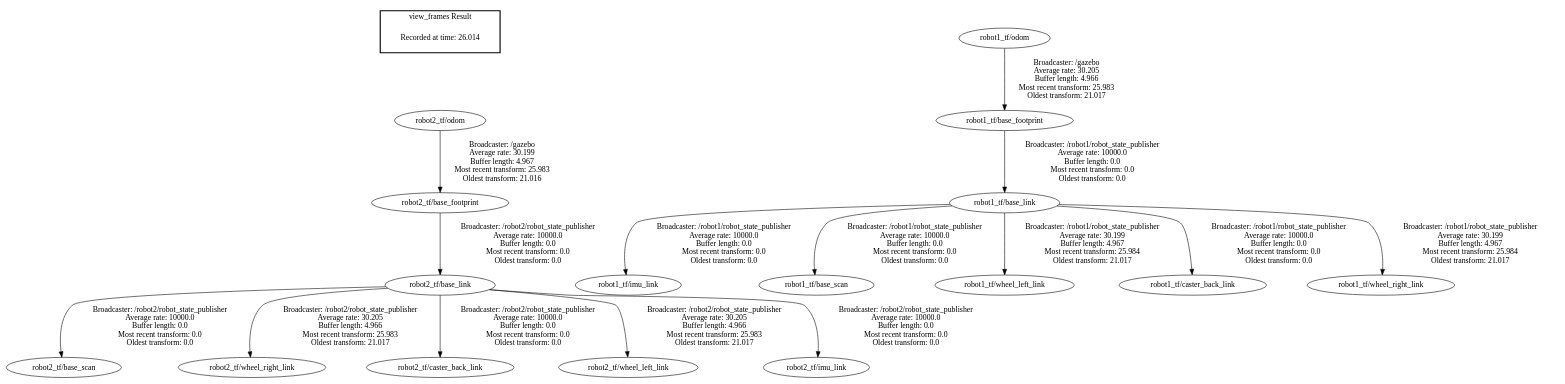
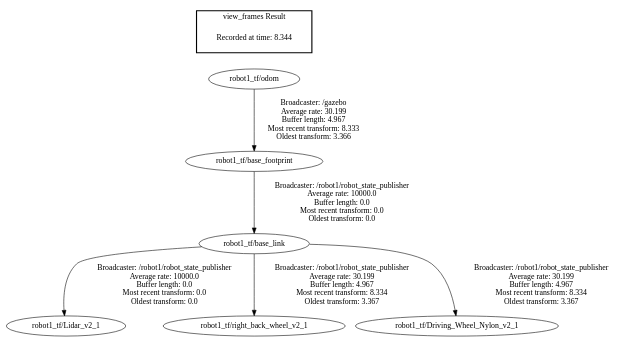
Before and after one commit to earthtennison/robocup-navigation: the diagram in non_ws/frames.gv, drawn with Graphviz. The commit also changed 27 other files, not shown here.

```diff
--- a/non_ws/frames.gv
+++ b/non_ws/frames.gv
@@ -1,20 +1,11 @@
 digraph G {
-"robot2_tf/base_link" -> "robot2_tf/base_scan"[label=" Broadcaster: /robot2/robot_state_publisher\nAverage rate: 10000.0\nBuffer length: 0.0\nMost recent transform: 0.0\nOldest transform: 0.0\n"];
-"robot1_tf/base_link" -> "robot1_tf/imu_link"[label=" Broadcaster: /robot1/robot_state_publisher\nAverage rate: 10000.0\nBuffer length: 0.0\nMost recent transform: 0.0\nOldest transform: 0.0\n"];
-"robot1_tf/base_link" -> "robot1_tf/base_scan"[label=" Broadcaster: /robot1/robot_state_publisher\nAverage rate: 10000.0\nBuffer length: 0.0\nMost recent transform: 0.0\nOldest transform: 0.0\n"];
-"robot1_tf/odom" -> "robot1_tf/base_footprint"[label=" Broadcaster: /gazebo\nAverage rate: 30.205\nBuffer length: 4.966\nMost recent transform: 25.983\nOldest transform: 21.017\n"];
-"robot1_tf/base_link" -> "robot1_tf/wheel_left_link"[label=" Broadcaster: /robot1/robot_state_publisher\nAverage rate: 30.199\nBuffer length: 4.967\nMost recent transform: 25.984\nOldest transform: 21.017\n"];
-"robot2_tf/base_link" -> "robot2_tf/wheel_right_link"[label=" Broadcaster: /robot2/robot_state_publisher\nAverage rate: 30.205\nBuffer length: 4.966\nMost recent transform: 25.983\nOldest transform: 21.017\n"];
-"robot2_tf/base_footprint" -> "robot2_tf/base_link"[label=" Broadcaster: /robot2/robot_state_publisher\nAverage rate: 10000.0\nBuffer length: 0.0\nMost recent transform: 0.0\nOldest transform: 0.0\n"];
-"robot1_tf/base_link" -> "robot1_tf/caster_back_link"[label=" Broadcaster: /robot1/robot_state_publisher\nAverage rate: 10000.0\nBuffer length: 0.0\nMost recent transform: 0.0\nOldest transform: 0.0\n"];
-"robot2_tf/base_link" -> "robot2_tf/caster_back_link"[label=" Broadcaster: /robot2/robot_state_publisher\nAverage rate: 10000.0\nBuffer length: 0.0\nMost recent transform: 0.0\nOldest transform: 0.0\n"];
-"robot2_tf/base_link" -> "robot2_tf/wheel_left_link"[label=" Broadcaster: /robot2/robot_state_publisher\nAverage rate: 30.205\nBuffer length: 4.966\nMost recent transform: 25.983\nOldest transform: 21.017\n"];
-"robot1_tf/base_link" -> "robot1_tf/wheel_right_link"[label=" Broadcaster: /robot1/robot_state_publisher\nAverage rate: 30.199\nBuffer length: 4.967\nMost recent transform: 25.984\nOldest transform: 21.017\n"];
-"robot2_tf/odom" -> "robot2_tf/base_footprint"[label=" Broadcaster: /gazebo\nAverage rate: 30.199\nBuffer length: 4.967\nMost recent transform: 25.983\nOldest transform: 21.016\n"];
-"robot2_tf/base_link" -> "robot2_tf/imu_link"[label=" Broadcaster: /robot2/robot_state_publisher\nAverage rate: 10000.0\nBuffer length: 0.0\nMost recent transform: 0.0\nOldest transform: 0.0\n"];
+"robot1_tf/base_link" -> "robot1_tf/Lidar_v2_1"[label=" Broadcaster: /robot1/robot_state_publisher\nAverage rate: 10000.0\nBuffer length: 0.0\nMost recent transform: 0.0\nOldest transform: 0.0\n"];
 "robot1_tf/base_footprint" -> "robot1_tf/base_link"[label=" Broadcaster: /robot1/robot_state_publisher\nAverage rate: 10000.0\nBuffer length: 0.0\nMost recent transform: 0.0\nOldest transform: 0.0\n"];
+"robot1_tf/base_link" -> "robot1_tf/right_back_wheel_v2_1"[label=" Broadcaster: /robot1/robot_state_publisher\nAverage rate: 30.199\nBuffer length: 4.967\nMost recent transform: 8.334\nOldest transform: 3.367\n"];
+"robot1_tf/odom" -> "robot1_tf/base_footprint"[label=" Broadcaster: /gazebo\nAverage rate: 30.199\nBuffer length: 4.967\nMost recent transform: 8.333\nOldest transform: 3.366\n"];
+"robot1_tf/base_link" -> "robot1_tf/Driving_Wheel_Nylon_v2_1"[label=" Broadcaster: /robot1/robot_state_publisher\nAverage rate: 30.199\nBuffer length: 4.967\nMost recent transform: 8.334\nOldest transform: 3.367\n"];
 edge [style=invis];
  subgraph cluster_legend { style=bold; color=black; label ="view_frames Result";
-"Recorded at time: 26.014"[ shape=plaintext ] ;
-}->"robot2_tf/odom";
+"Recorded at time: 8.344"[ shape=plaintext ] ;
+}->"robot1_tf/odom";
 }
```
